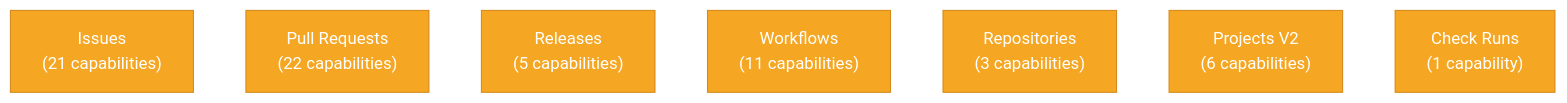
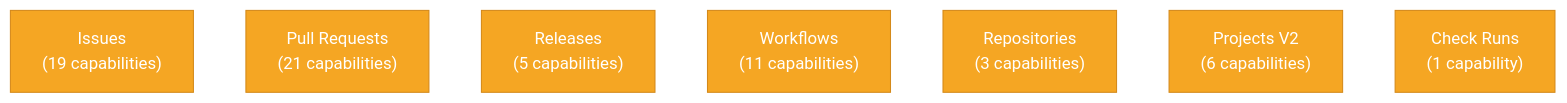
The diagram in docs/capabilities/README.md (aryeko/ghx), drawn with Mermaid before and after one commit. The commit also changed other lines of this file and 16 other files, not shown here.

````diff
--- a/docs/capabilities/README.md
+++ b/docs/capabilities/README.md
@@ -11,19 +11,19 @@
 ```mermaid
 %%{init: {'theme': 'base', 'themeVariables': {'primaryColor': '#F5A623', 'primaryTextColor': '#fff', 'primaryBorderColor': '#D4891A', 'lineColor': '#666'}}}%%
 graph TB
-    Issues["Issues<br/>(21 capabilities)"]
-    PRs["Pull Requests<br/>(22 capabilities)"]
+    Issues["Issues<br/>(19 capabilities)"]
+    PRs["Pull Requests<br/>(21 capabilities)"]
     Releases["Releases<br/>(5 capabilities)"]
     Workflows["Workflows<br/>(11 capabilities)"]
     Repos["Repositories<br/>(3 capabilities)"]
     Projects["Projects V2<br/>(6 capabilities)"]
     CheckRuns["Check Runs<br/>(1 capability)"]
 
     style Issues fill:#F5A623
     style PRs fill:#F5A623
     style Releases fill:#F5A623
     style Workflows fill:#F5A623
     style Repos fill:#F5A623
     style Projects fill:#F5A623
     style CheckRuns fill:#F5A623
 ```
````
